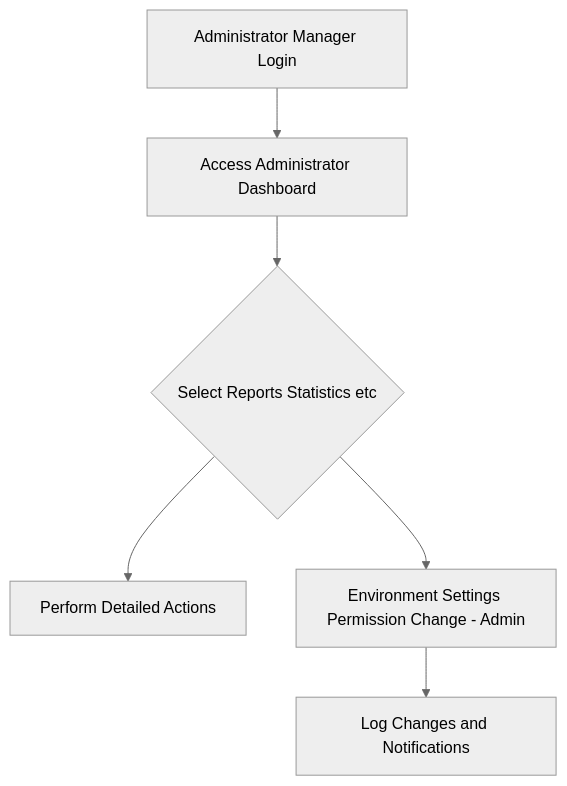
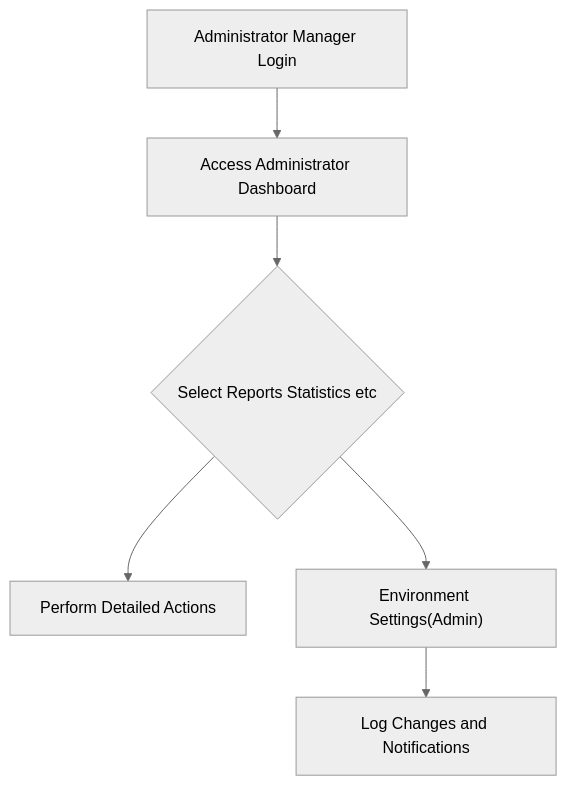
The diagram in packages/agent/prompts/ANALYZE_REVIEWER.md (RavenView-ai/autobe), drawn with Mermaid (neutral theme) before and after one commit. The commit also changed other lines of this file and 14 other files, not shown here.

````diff
--- a/packages/agent/prompts/ANALYZE_REVIEWER.md
+++ b/packages/agent/prompts/ANALYZE_REVIEWER.md
@@ -131,9 +155,9 @@
 ```mermaid
 graph TD
-  A[Administrator Manager Login]
-  A --> B[Access Administrator Dashboard]
-  B --> C{Select Reports Statistics etc}
-  C --> D[Perform Detailed Actions]
-  C --> E[Environment Settings Permission Change - Admin]
-  E --> F[Log Changes and Notifications]
+  A["Administrator Manager Login"]
+  A --> B["Access Administrator Dashboard"]
+  B --> C{"Select Reports Statistics etc"}
+  C --> D["Perform Detailed Actions"]
+  C --> E["Environment Settings(Admin)"]
+  E --> F["Log Changes and Notifications"]
 ```
````
